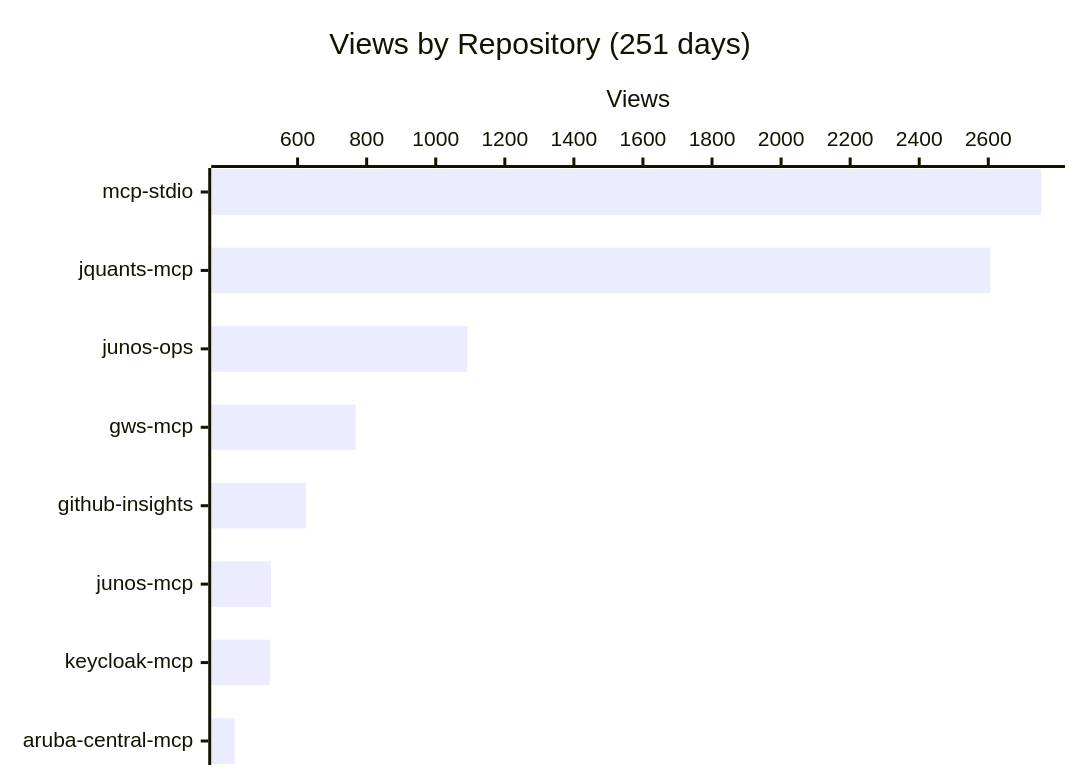
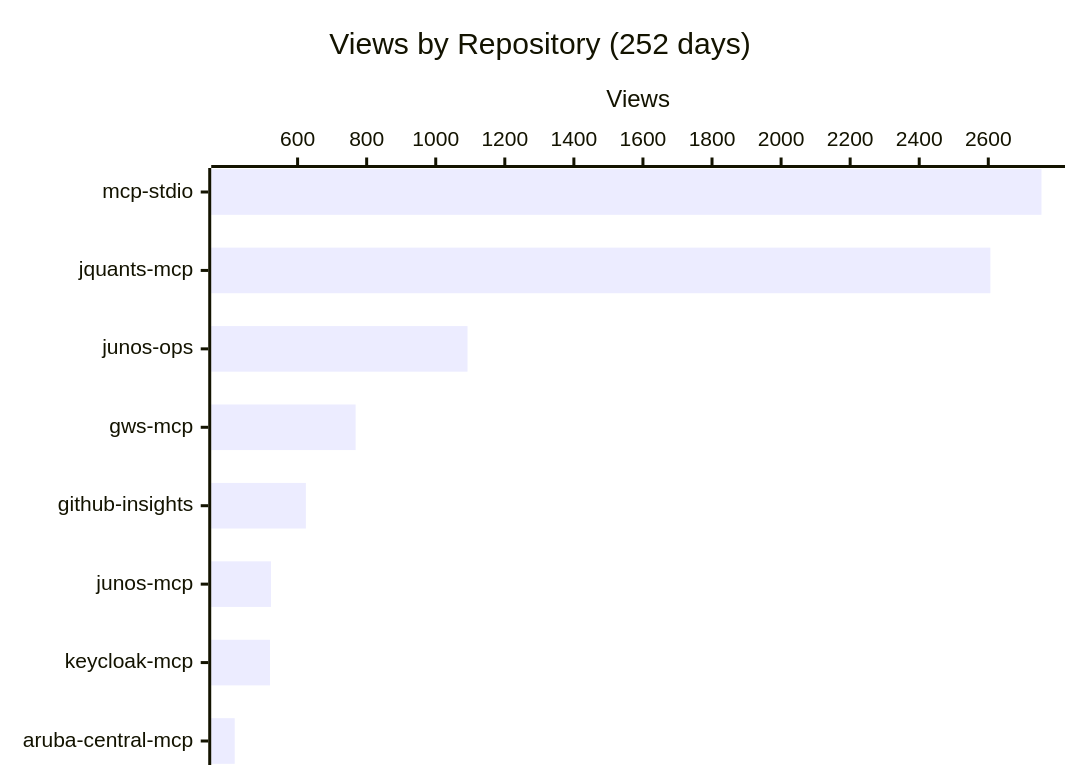
One commit to shigechika/github-insights changed the first of 4 diagrams in README.md. Above: the diagram before and after it, drawn with Mermaid. The commit also changed other lines of this file and 1 other file, not shown here.

````diff
--- a/README.md
+++ b/README.md
@@ -18,7 +18,7 @@
 ```mermaid
 xychart-beta horizontal
-    title "Views by Repository (251 days)"
+    title "Views by Repository (252 days)"
     x-axis ["mcp-stdio", "jquants-mcp", "junos-ops", "gws-mcp", "github-insights", "junos-mcp", "keycloak-mcp", "aruba-central-mcp"]
     y-axis "Views"
     bar [2754, 2606, 1092, 768, 624, 523, 520, 418]
 ```
````
